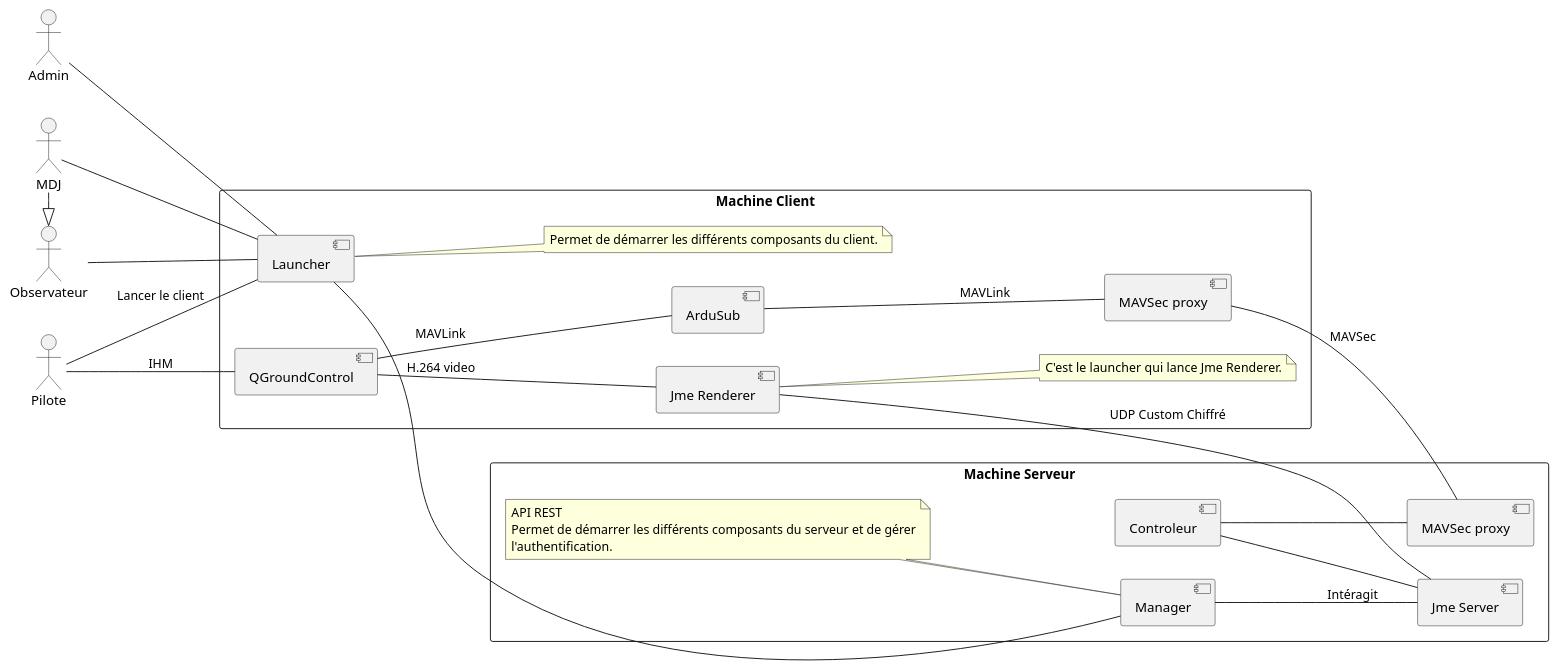
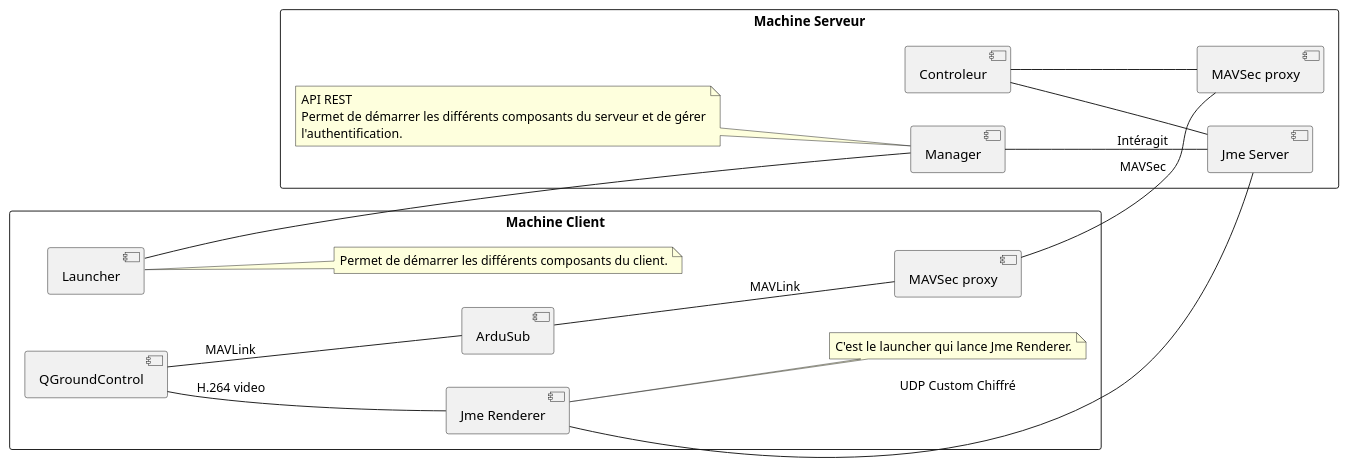
The diagram in doc/ardupilot_client_components.puml (tombartos/SAE-DRONE), drawn with PlantUML before and after one commit. The commit also changed 4 other files, not shown here.

```diff
--- a/doc/ardupilot_client_components.puml
+++ b/doc/ardupilot_client_components.puml
@@ -1,59 +1,51 @@
 @startuml
 
 left to right direction
 
-actor Pilote
-actor MDJ
-actor Admin
-actor Observateur
 
-MDJ -right-|> Observateur
 
 rectangle "Machine Client" {
     component Launcher
     component QGroundControl
     component ArduSub
     component "Jme Renderer" as JmeRenderer
     component "MAVSec proxy" as SecProxy1
 
-    Pilote -- QGroundControl : IHM
-    Pilote -- Launcher : Lancer le client
+
+
     note right of Launcher
         Permet de démarrer les différents composants du client.
     end note
     QGroundControl -- ArduSub : MAVLink
     ArduSub -- SecProxy1 : MAVLink
     QGroundControl -down- JmeRenderer : H.264 video
     note right of JmeRenderer
         C'est le launcher qui lance Jme Renderer.
     end note
 }
 
 
 
 
 rectangle "Machine Serveur" {
     component "Jme Server" as JmeServer
     component "MAVSec proxy" as SecProxy2
     component "Controleur" as Controller
     component "Manager" as Manager
 
     note left of Manager
         API REST
         Permet de démarrer les différents composants du serveur et de gérer
         l'authentification.
     end note
 
     JmeRenderer - JmeServer : UDP Custom Chiffré
     Controller -- JmeServer
     Controller -- SecProxy2
     SecProxy1 -- SecProxy2 : MAVSec
     Launcher -- Manager
     Manager -- JmeServer : Intéragit
 }
 
-Admin -- Launcher
-Observateur -- Launcher
-MDJ -- Launcher
 
 @enduml
```
